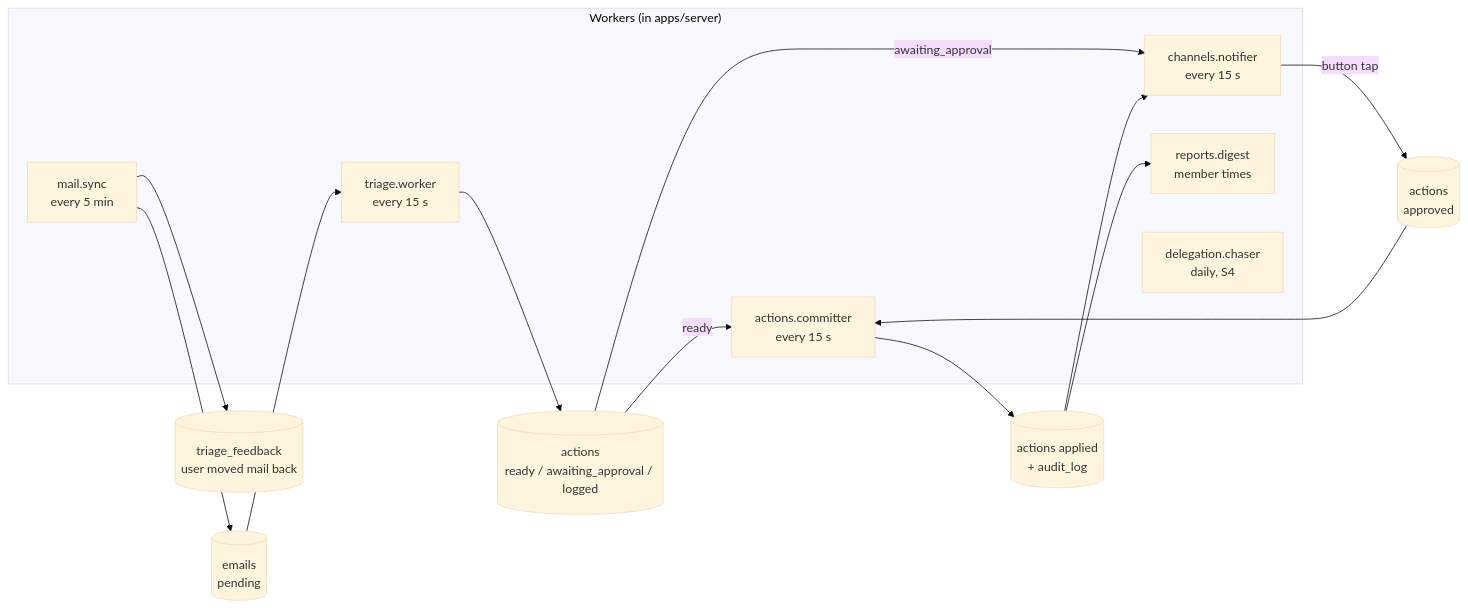
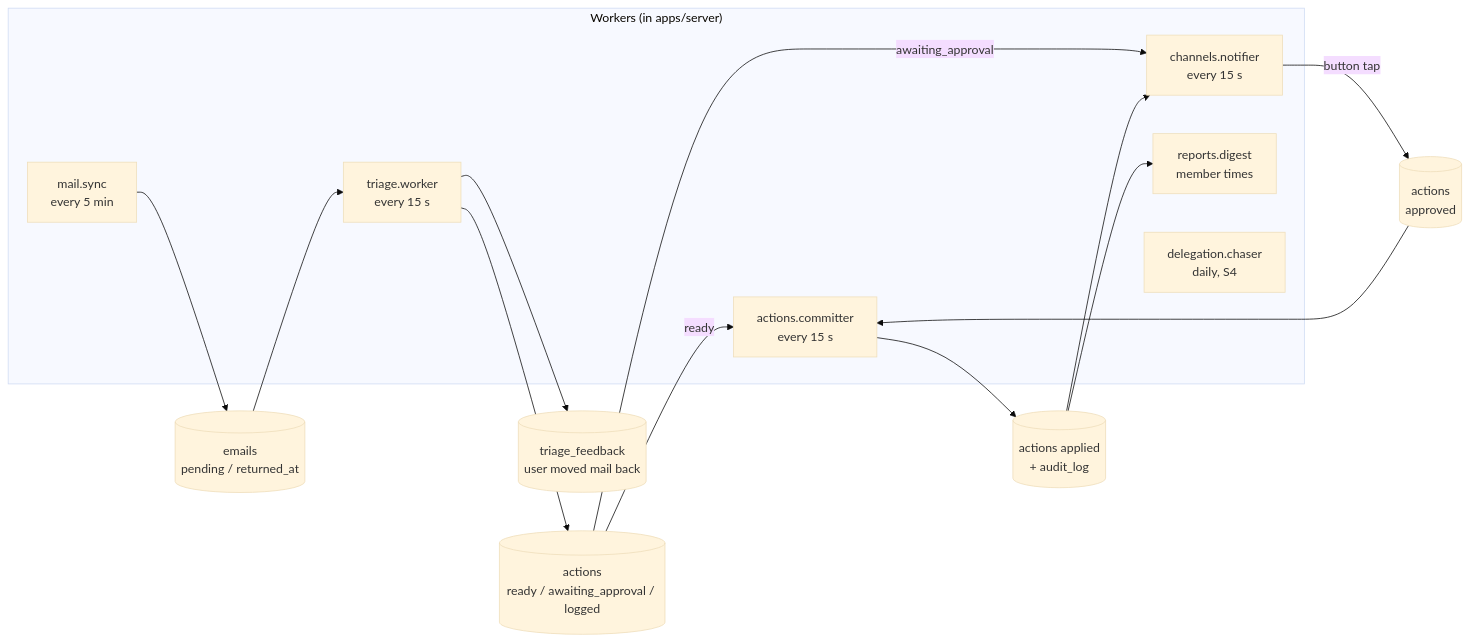
One commit to Artexs/email_assistant changed the first of 2 diagrams in docs/modules.md. Above: the diagram before and after it, drawn with Mermaid (base theme). The commit also changed other lines of this file and 20 other files, not shown here.

````diff
--- a/docs/modules.md
+++ b/docs/modules.md
@@ -32,23 +32,23 @@
 ```mermaid
 flowchart LR
     subgraph Jobs["Workers (in apps/server)"]
         J1[mail.sync<br/>every 5 min]
         J2[triage.worker<br/>every 15 s]
         J3[actions.committer<br/>every 15 s]
         J4[channels.notifier<br/>every 15 s]
         J5[reports.digest<br/>member times]
         J6[delegation.chaser<br/>daily, S4]
     end
 
-    J1 --> E1[(emails<br/>pending)]
-    J1 --> F1[(triage_feedback<br/>user moved mail back)]
+    J1 --> E1[(emails<br/>pending / returned_at)]
     E1 --> J2
+    J2 --> F1[(triage_feedback<br/>user moved mail back)]
     J2 --> A1[(actions<br/>ready / awaiting_approval / logged)]
     A1 -->|ready| J3
     A1 -->|awaiting_approval| J4
     J4 -->|button tap| A2[(actions<br/>approved)]
     A2 --> J3
     J3 --> A3[(actions applied<br/>+ audit_log)]
     A3 --> J4
     A3 --> J5
 ```
````
